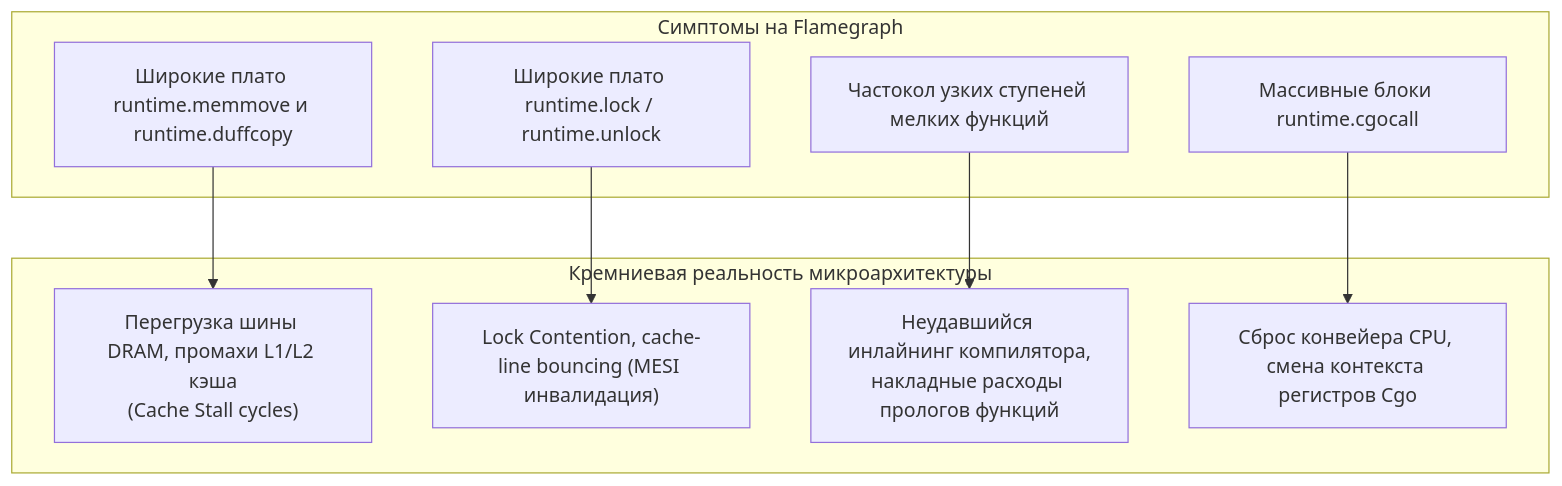
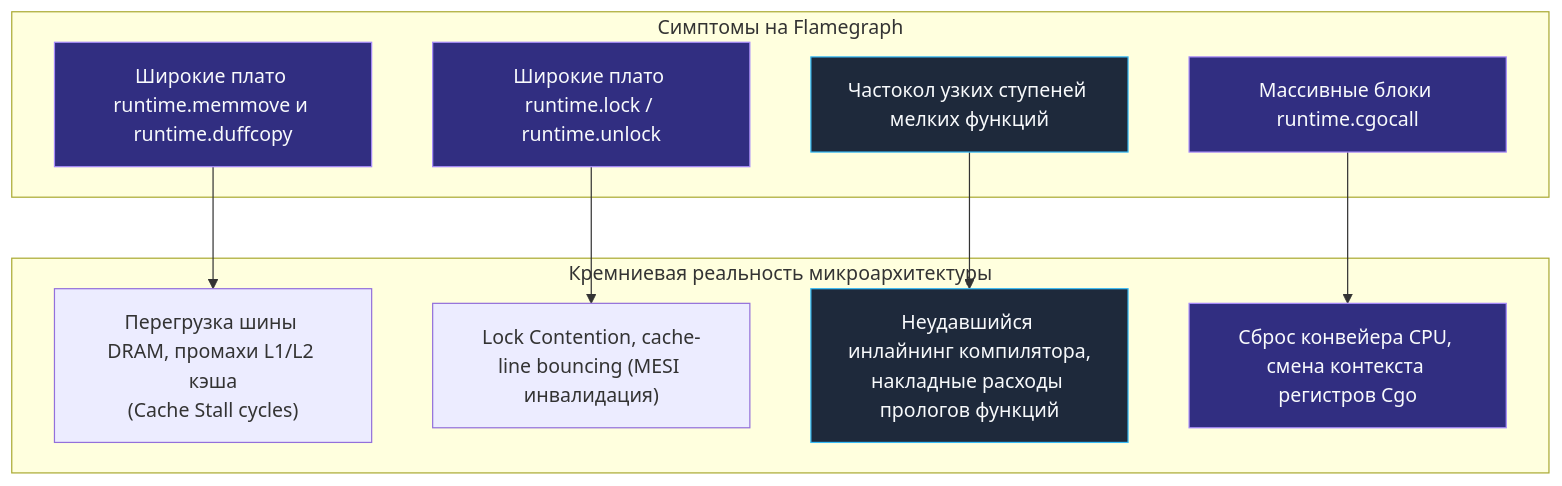
Before and after one commit to UnrealTemplier/go-textbook: the fifth of 6 diagrams in sources/16. Профилирование, отладка и производительность/03. CPU profiling/3. Flamegraph.md, drawn with Mermaid. The commit also changed other lines of this file and 1666 other files, not shown here.

First line of the commit message:
feat(mermaid): add semantic color classDef to 1369 colorless flowchart/graph diagrams

````diff
--- a/sources/16. Профилирование, отладка и производительность/03. CPU profiling/3. Flamegraph.md
+++ b/sources/16. Профилирование, отладка и производительность/03. CPU profiling/3. Flamegraph.md
@@ -229,21 +269,31 @@
 ```mermaid
 flowchart TD
+    classDef process  fill:#1e293b,stroke:#38bdf8,stroke-width:1px,color:#f8fafc
+    classDef success  fill:#064e3b,stroke:#34d399,stroke-width:1px,color:#f8fafc
+    classDef error    fill:#7f1d1d,stroke:#f87171,stroke-width:1px,color:#f8fafc
+    classDef warning  fill:#78350f,stroke:#fbbf24,stroke-width:1px,color:#f8fafc
+    classDef entry    fill:#1e3a5f,stroke:#38bdf8,stroke-width:2px,color:#f8fafc
+    classDef aux      fill:#334155,stroke:#64748b,stroke-width:1px,color:#f8fafc
+    classDef system   fill:#312e81,stroke:#a78bfa,stroke-width:1px,color:#f8fafc
+    classDef data     fill:#132d29,stroke:#2dd4bf,stroke-width:1px,color:#f8fafc
+    classDef network  fill:#881337,stroke:#fb7185,stroke-width:1px,color:#f8fafc
+    classDef accent   fill:#1e1b4b,stroke:#818cf8,stroke-width:1px,color:#f8fafc
     subgraph FlameSign["Симптомы на Flamegraph"]
-        F1["Широкие плато runtime.memmove и runtime.duffcopy"]
-        F2["Широкие плато runtime.lock / runtime.unlock"]
-        F3["Частокол узких ступеней мелких функций"]
-        F4["Массивные блоки runtime.cgocall"]
+        F1["Широкие плато runtime.memmove и runtime.duffcopy"]:::system
+        F2["Широкие плато runtime.lock / runtime.unlock"]:::system
+        F3["Частокол узких ступеней мелких функций"]:::process
+        F4["Массивные блоки runtime.cgocall"]:::system
     end
 
     subgraph HardwareReality["Кремниевая реальность микроархитектуры"]
         H1["Перегрузка шины DRAM, промахи L1/L2 кэша<br>(Cache Stall cycles)"]
         H2["Lock Contention, cache-line bouncing (MESI инвалидация)"]
-        H3["Неудавшийся инлайнинг компилятора,<br>накладные расходы прологов функций"]
-        H4["Сброс конвейера CPU, смена контекста регистров Cgo"]
+        H3["Неудавшийся инлайнинг компилятора,<br>накладные расходы прологов функций"]:::process
+        H4["Сброс конвейера CPU, смена контекста регистров Cgo"]:::system
     end
 
     F1 --> H1
     F2 --> H2
     F3 --> H3
     F4 --> H4
 ```
````
